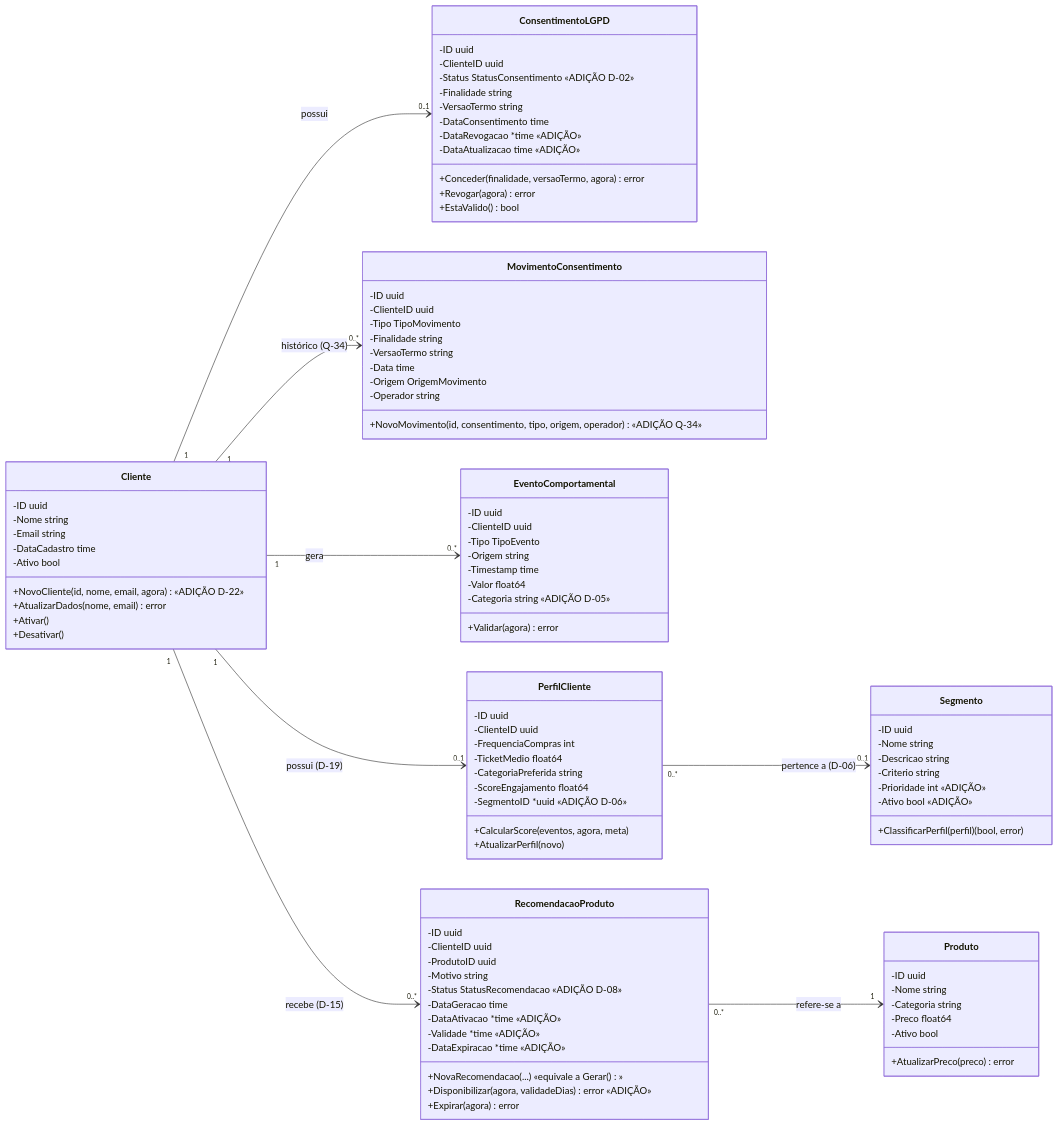
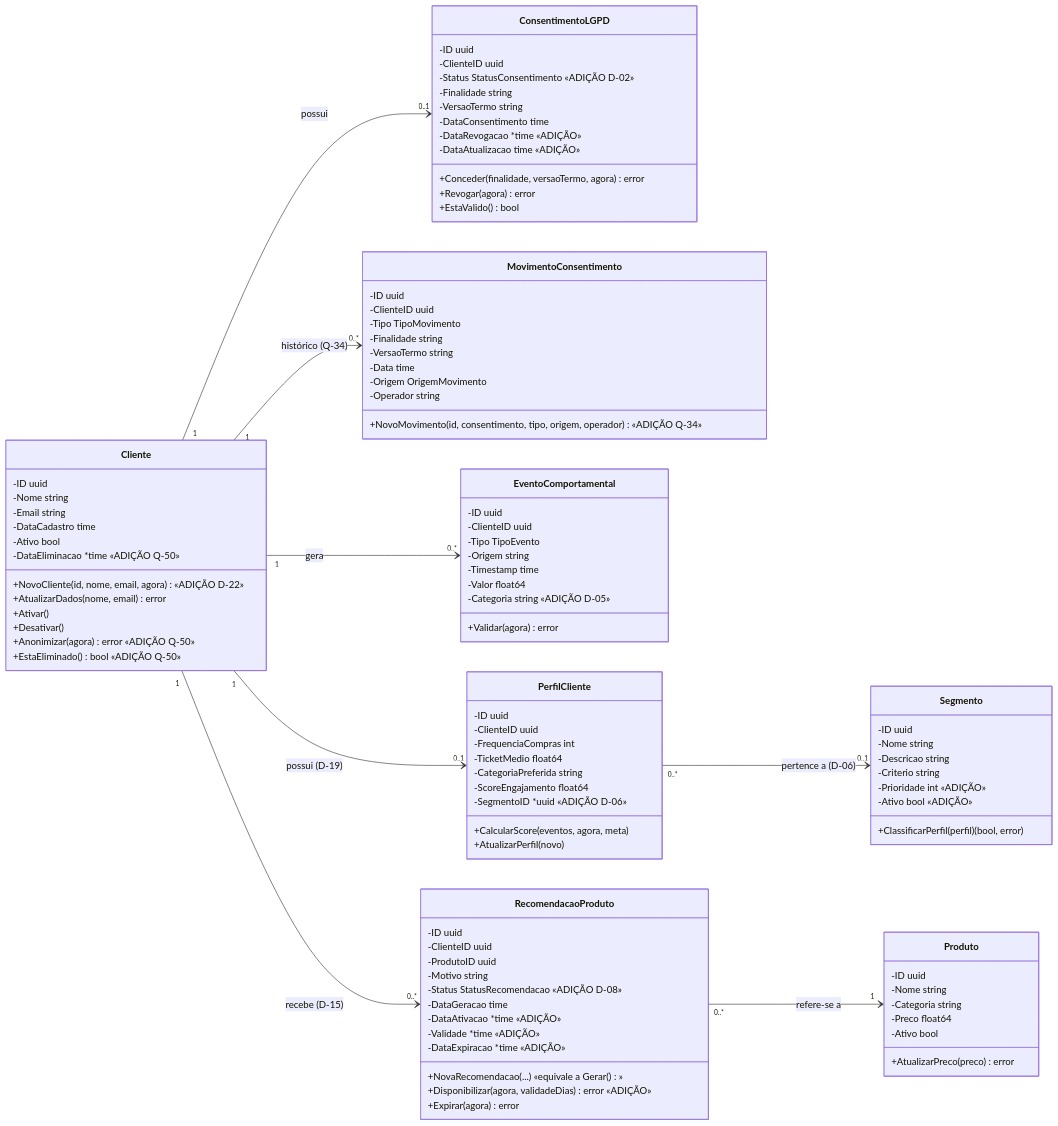
Before and after one commit to sthefanyblima/perfila: the first of 2 diagrams in docs/uml/UML2_classes.md, drawn with Mermaid. The commit also changed other lines of this file and 10 other files, not shown here.

```diff
--- a/docs/uml/UML2_classes.md
+++ b/docs/uml/UML2_classes.md
@@ -18,10 +18,13 @@
     -Email string
     -DataCadastro time
     -Ativo bool
+    -DataEliminacao *time «ADIÇÃO Q-50»
     +NovoCliente(id, nome, email, agora) «ADIÇÃO D-22»
     +AtualizarDados(nome, email) error
     +Ativar()
     +Desativar()
+    +Anonimizar(agora) error «ADIÇÃO Q-50»
+    +EstaEliminado() bool «ADIÇÃO Q-50»
   }
   class ConsentimentoLGPD {
     -ID uuid
```
